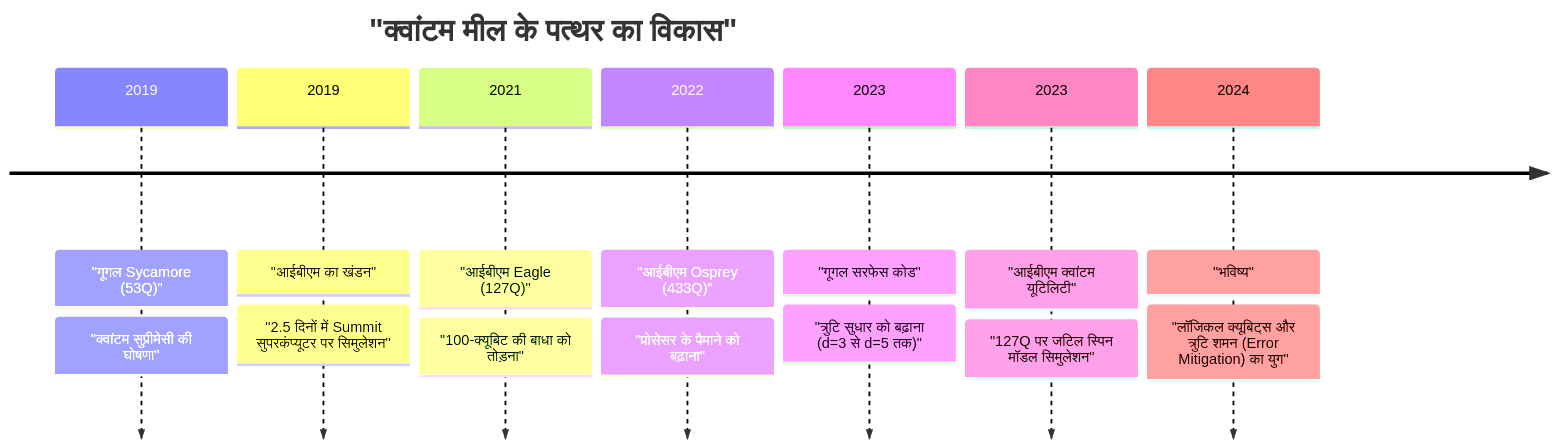
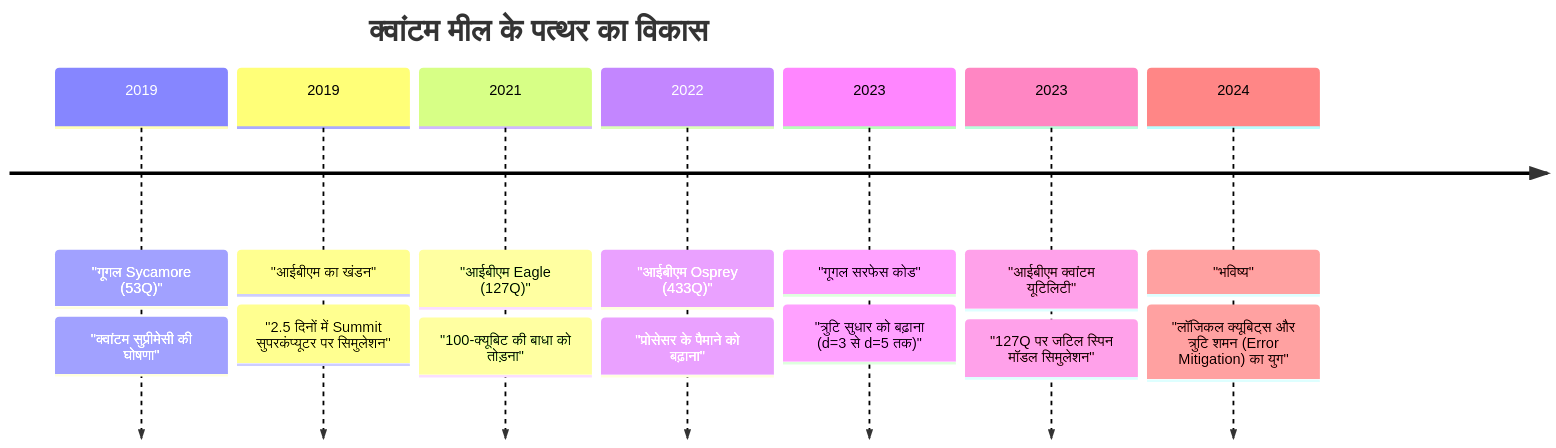
The second of 3 diagrams in content/post/量子超越性とは何か/index.hi.md (kenjinote/blog), drawn with Mermaid before and after one commit. The commit also changed other lines of this file and 703 other files, not shown here.

Commit message:
Fix: Remove quotes from Mermaid link texts and timeline definitions to support Mermaid 11.4.1

````diff
--- a/content/post/量子超越性とは何か/index.hi.md
+++ b/content/post/量子超越性とは何か/index.hi.md
@@ -106,11 +106,11 @@
 ```mermaid
 timeline
-    title "क्वांटम मील के पत्थर का विकास"
+    title क्वांटम मील के पत्थर का विकास
     2019 : "गूगल Sycamore (53Q)" : "क्वांटम सुप्रीमेसी की घोषणा"
     2019 : "आईबीएम का खंडन" : "2.5 दिनों में Summit सुपरकंप्यूटर पर सिमुलेशन"
     2021 : "आईबीएम Eagle (127Q)" : "100-क्यूबिट की बाधा को तोड़ना"
     2022 : "आईबीएम Osprey (433Q)" : "प्रोसेसर के पैमाने को बढ़ाना"
     2023 : "गूगल सरफेस कोड" : "त्रुटि सुधार को बढ़ाना (d=3 से d=5 तक)"
     2023 : "आईबीएम क्वांटम यूटिलिटी" : "127Q पर जटिल स्पिन मॉडल सिमुलेशन"
     2024 : "भविष्य" : "लॉजिकल क्यूबिट्स और त्रुटि शमन (Error Mitigation) का युग"
 ```
````
